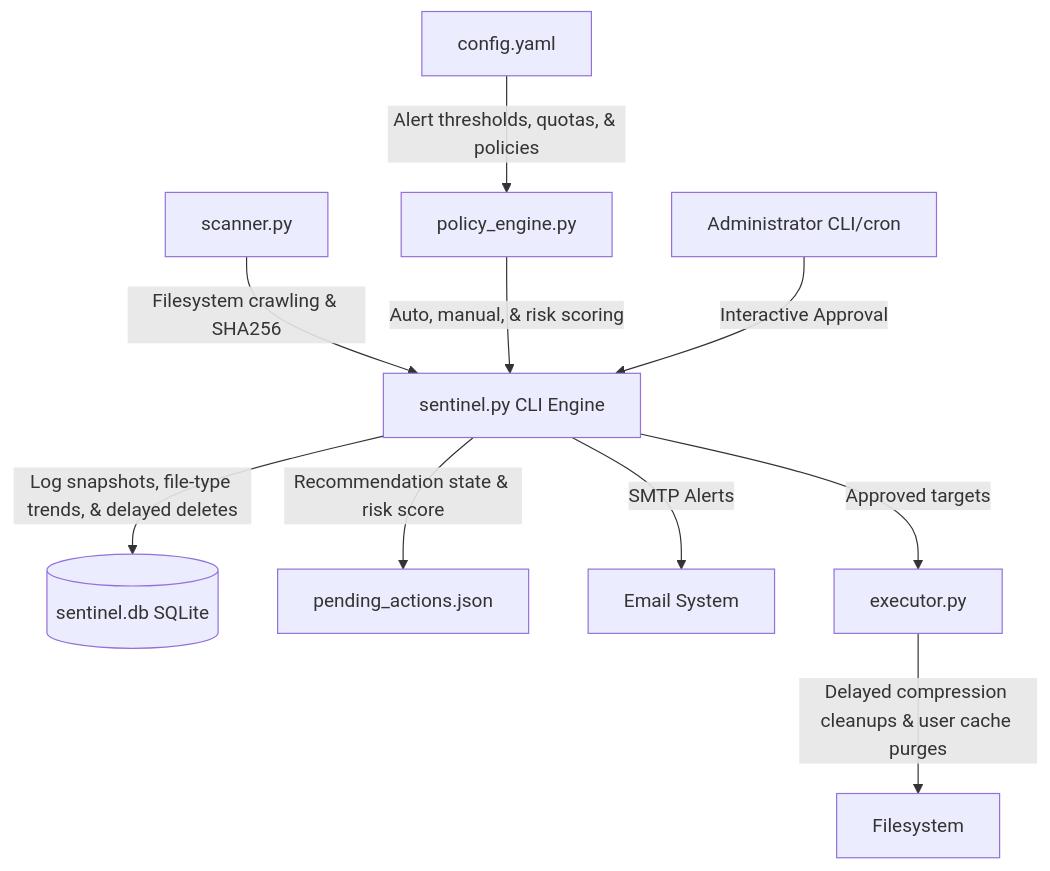
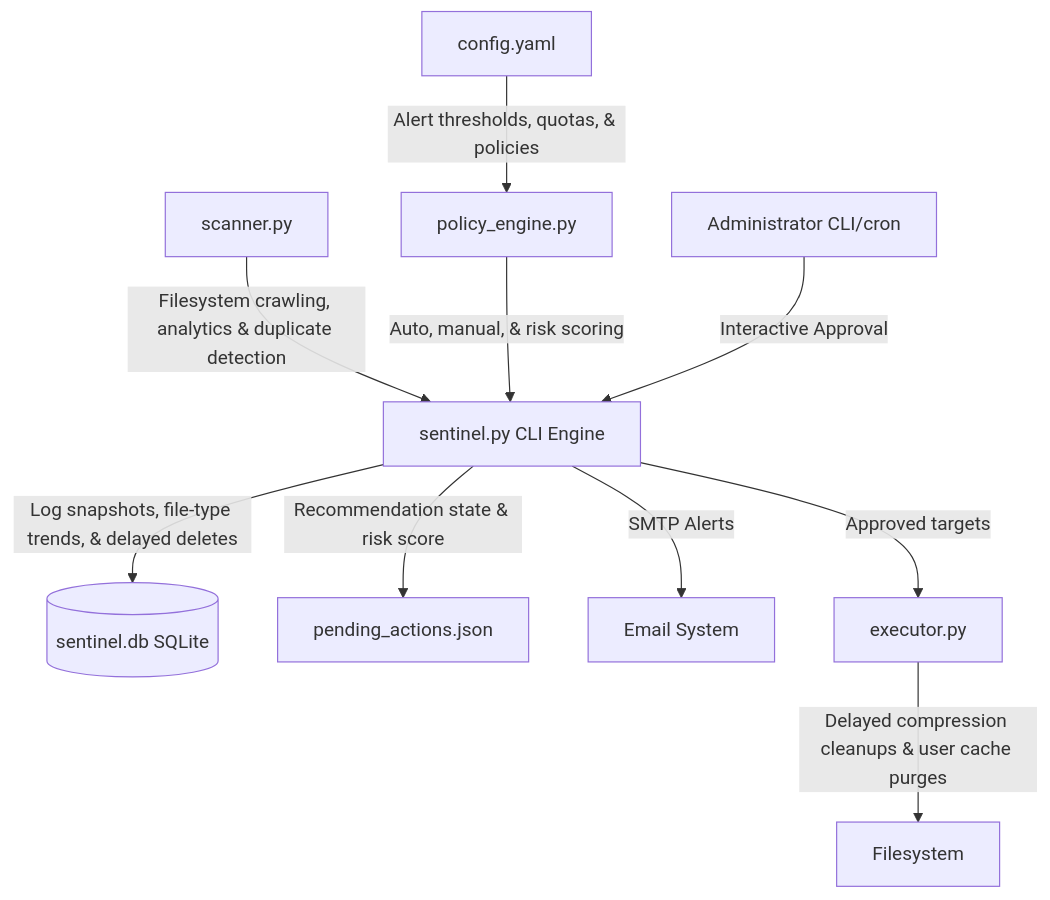
The diagram in README.md (SaniyaHassan/StorageSentinel), drawn with Mermaid before and after one commit. The commit also changed other lines of this file and 5 other files, not shown here.

````diff
--- a/README.md
+++ b/README.md
@@ -7,12 +7,12 @@
 ```mermaid
 graph TD
-    Scanner[scanner.py] -->|Filesystem crawling & SHA256| Sentinel[sentinel.py CLI Engine]
+    Scanner[scanner.py] -->|Filesystem crawling, analytics & duplicate detection| Sentinel[sentinel.py CLI Engine]
     Config[config.yaml] -->|Alert thresholds, quotas, & policies| Policy[policy_engine.py]
     Policy -->|Auto, manual, & risk scoring| Sentinel
     Sentinel -->|Log snapshots, file-type trends, & delayed deletes| DB[(sentinel.db SQLite)]
     Sentinel -->|Recommendation state & risk score| JSON[pending_actions.json]
     Sentinel -->|SMTP Alerts| SMTP[Email System]
     Admin[Administrator CLI/cron] -->|Interactive Approval| Sentinel
     Sentinel -->|Approved targets| Executor[executor.py]
     Executor -->|Delayed compression cleanups & user cache purges| Filesystem[Filesystem]
 ```
````
